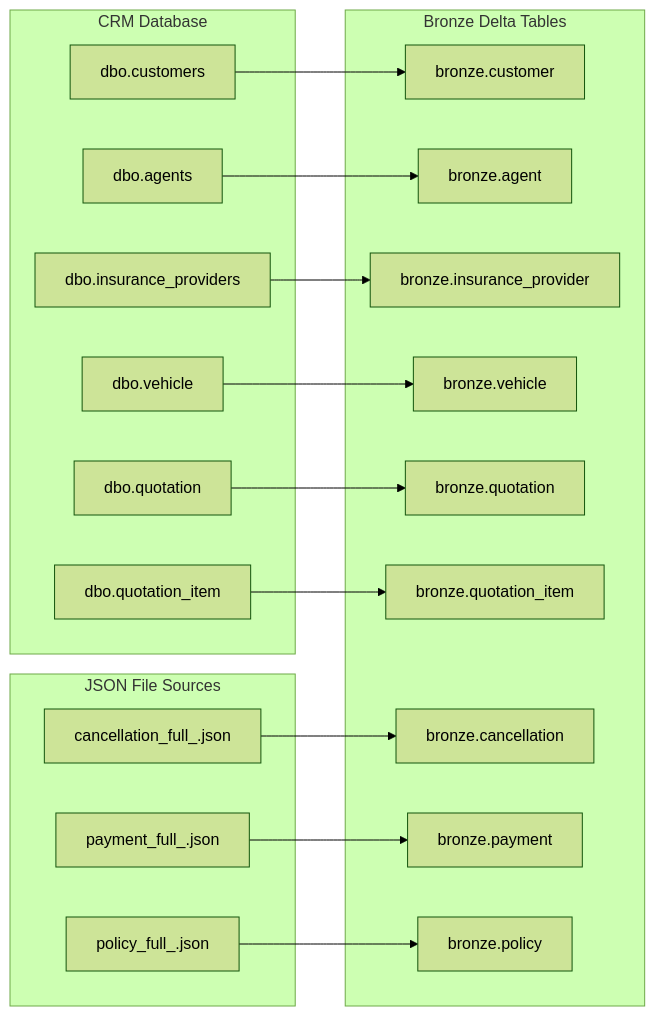
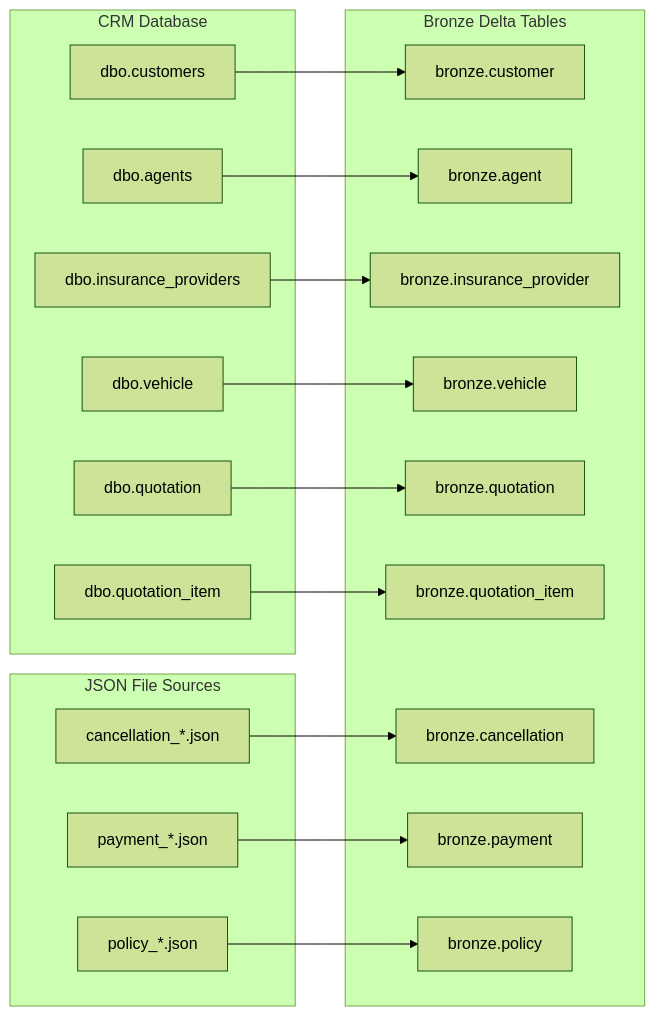
Before and after one commit to anhtnt90dev/rookies-data-dn-2026: the first of 2 diagrams in docs/source-to-target-mapping/source-to-bronze-mapping.md, drawn with Mermaid (forest theme). The commit also changed other lines of this file, not shown here.

Commit message:
docs: clarify full-load and incremental JSON ingestion

````diff
--- a/docs/source-to-target-mapping/source-to-bronze-mapping.md
+++ b/docs/source-to-target-mapping/source-to-bronze-mapping.md
@@ -7,39 +7,39 @@
 ```mermaid
 flowchart LR
     subgraph CRM["CRM Database"]
         CUST["dbo.customers"]
         AGT["dbo.agents"]
         PROV["dbo.insurance_providers"]
         VEH["dbo.vehicle"]
         QUO["dbo.quotation"]
         QI["dbo.quotation_item"]
     end
 
     subgraph JSON["JSON File Sources"]
-        CAN["cancellation_full_<yyyy-MM-dd>.json"]
-        PAY["payment_full_<yyyy-MM-dd>.json"]
-        POL["policy_full_<yyyy-MM-dd>.json"]
+        CAN["cancellation_*.json"]
+        PAY["payment_*.json"]
+        POL["policy_*.json"]
     end
 
     subgraph BRONZE["Bronze Delta Tables"]
         BCUST["bronze.customer"]
         BAGT["bronze.agent"]
         BPROV["bronze.insurance_provider"]
         BVEH["bronze.vehicle"]
         BQUO["bronze.quotation"]
         BQI["bronze.quotation_item"]
         BCAN["bronze.cancellation"]
         BPAY["bronze.payment"]
         BPOL["bronze.policy"]
     end
 
     CUST --> BCUST
     AGT --> BAGT
     PROV --> BPROV
     VEH --> BVEH
     QUO --> BQUO
     QI --> BQI
     CAN --> BCAN
     PAY --> BPAY
     POL --> BPOL
 ```
````
